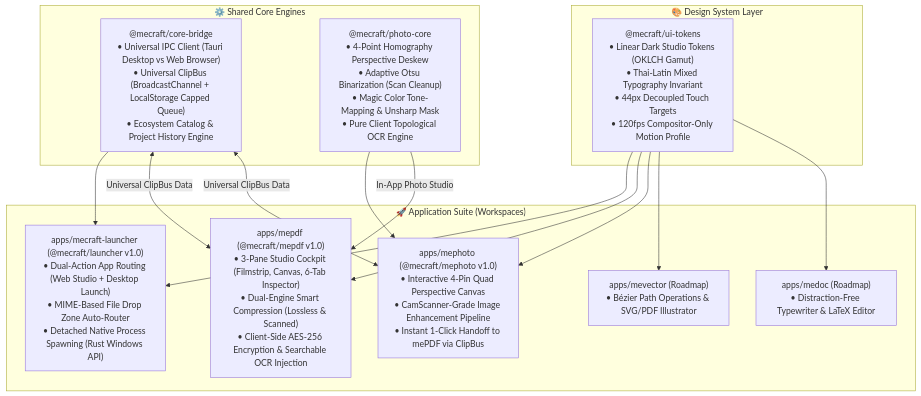
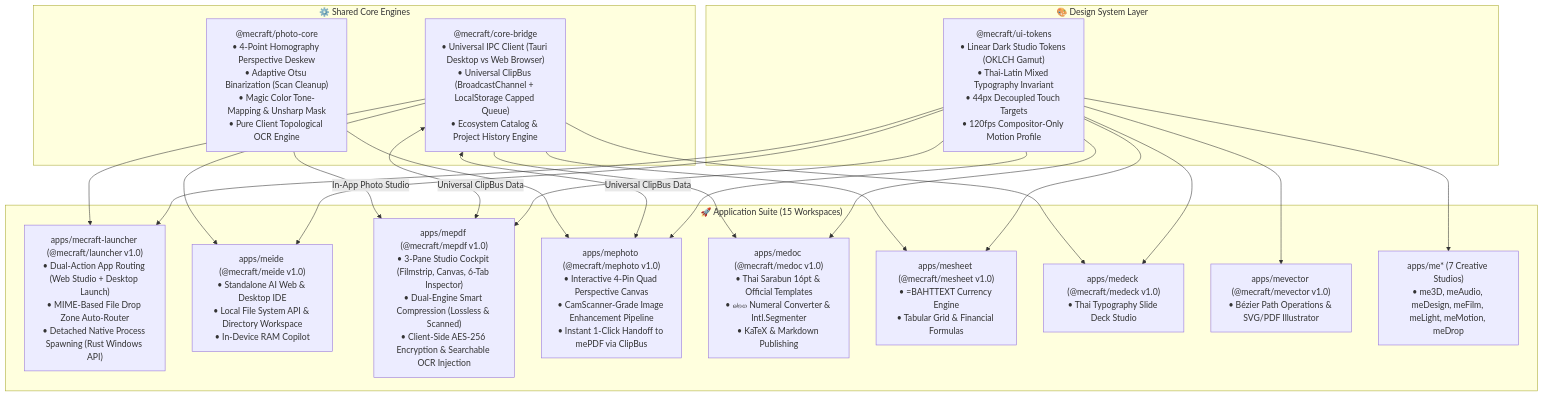
Before and after one commit to methastrategy/meCraft: the diagram in docs/ARCHITECTURE.md, drawn with Mermaid. The commit also changed 10 other files, not shown here.

Commit message:
docs(audit): synchronize living docs, roadmap milestones, and release workflow for 15 studios

````diff
--- a/docs/ARCHITECTURE.md
+++ b/docs/ARCHITECTURE.md
@@ -10,32 +10,44 @@
 ```mermaid
 flowchart TD
     subgraph UI_Layer["🎨 Design System Layer"]
         Tokens["@mecraft/ui-tokens\n• Linear Dark Studio Tokens (OKLCH Gamut)\n• Thai-Latin Mixed Typography Invariant\n• 44px Decoupled Touch Targets\n• 120fps Compositor-Only Motion Profile"]
     end
 
     subgraph Core_Layer["⚙️ Shared Core Engines"]
         Bridge["@mecraft/core-bridge\n• Universal IPC Client (Tauri Desktop vs Web Browser)\n• Universal ClipBus (BroadcastChannel + LocalStorage Capped Queue)\n• Ecosystem Catalog & Project History Engine"]
         PhotoCore["@mecraft/photo-core\n• 4-Point Homography Perspective Deskew\n• Adaptive Otsu Binarization (Scan Cleanup)\n• Magic Color Tone-Mapping & Unsharp Mask\n• Pure Client Topological OCR Engine"]
     end
 
-    subgraph Application_Workspaces["🚀 Application Suite (Workspaces)"]
+    subgraph Application_Workspaces["🚀 Application Suite (15 Workspaces)"]
         Launcher["apps/mecraft-launcher (@mecraft/launcher v1.0)\n• Dual-Action App Routing (Web Studio + Desktop Launch)\n• MIME-Based File Drop Zone Auto-Router\n• Detached Native Process Spawning (Rust Windows API)"]
+        meIDE["apps/meide (@mecraft/meide v1.0)\n• Standalone AI Web & Desktop IDE\n• Local File System API & Directory Workspace\n• In-Device RAM Copilot"]
         PDF["apps/mepdf (@mecraft/mepdf v1.0)\n• 3-Pane Studio Cockpit (Filmstrip, Canvas, 6-Tab Inspector)\n• Dual-Engine Smart Compression (Lossless & Scanned)\n• Client-Side AES-256 Encryption & Searchable OCR Injection"]
         Photo["apps/mephoto (@mecraft/mephoto v1.0)\n• Interactive 4-Pin Quad Perspective Canvas\n• CamScanner-Grade Image Enhancement Pipeline\n• Instant 1-Click Handoff to mePDF via ClipBus"]
-        Vector["apps/mevector (Roadmap)\n• Bézier Path Operations & SVG/PDF Illustrator"]
-        Doc["apps/medoc (Roadmap)\n• Distraction-Free Typewriter & LaTeX Editor"]
+        Doc["apps/medoc (@mecraft/medoc v1.0)\n• Thai Sarabun 16pt & Official Templates\n• ๑๒๓ Numeral Converter & Intl.Segmenter\n• KaTeX & Markdown Publishing"]
+        Sheet["apps/mesheet (@mecraft/mesheet v1.0)\n• =BAHTTEXT Currency Engine\n• Tabular Grid & Financial Formulas"]
+        Deck["apps/medeck (@mecraft/medeck v1.0)\n• Thai Typography Slide Deck Studio"]
+        Vector["apps/mevector (@mecraft/mevector v1.0)\n• Bézier Path Operations & SVG/PDF Illustrator"]
+        Studios["apps/me* (7 Creative Studios)\n• me3D, meAudio, meDesign, meFilm, meLight, meMotion, meDrop"]
     end
 
     Tokens --> Launcher
+    Tokens --> meIDE
     Tokens --> PDF
     Tokens --> Photo
+    Tokens --> Doc
+    Tokens --> Sheet
+    Tokens --> Deck
     Tokens --> Vector
-    Tokens --> Doc
+    Tokens --> Studios
 
     Bridge --> Launcher
+    Bridge --> meIDE
     Bridge <-->|Universal ClipBus Data| PDF
     Bridge <-->|Universal ClipBus Data| Photo
+    Bridge --> Doc
+    Bridge --> Sheet
+    Bridge --> Deck
 
     PhotoCore --> Photo
     PhotoCore -->|In-App Photo Studio| PDF
 ```
````
